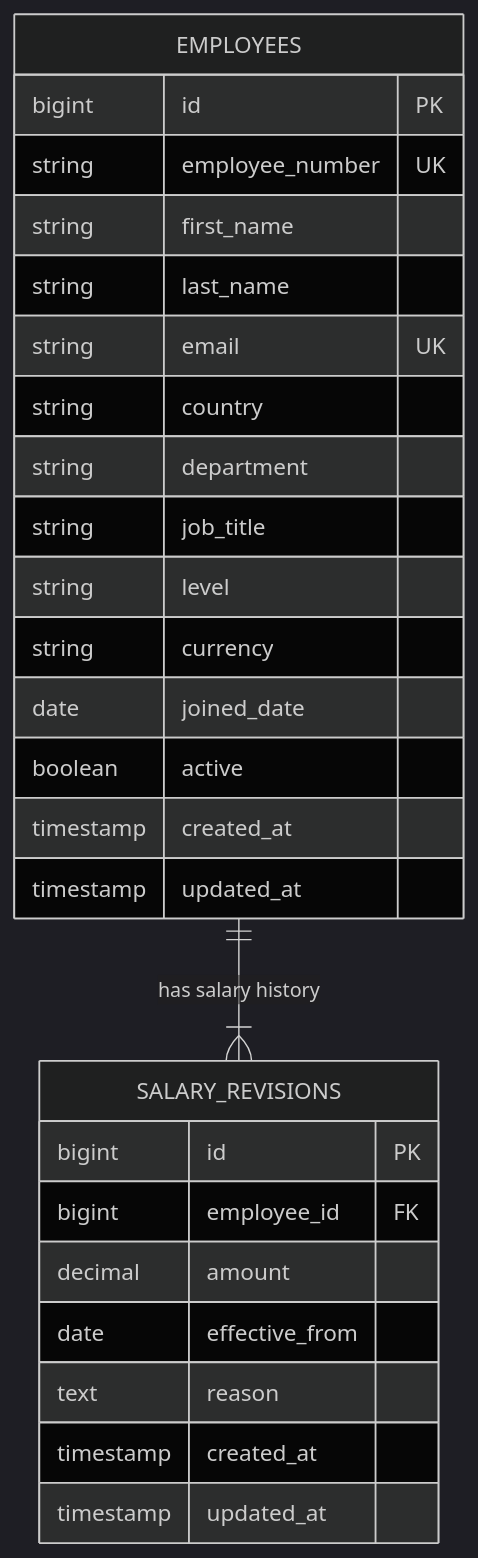
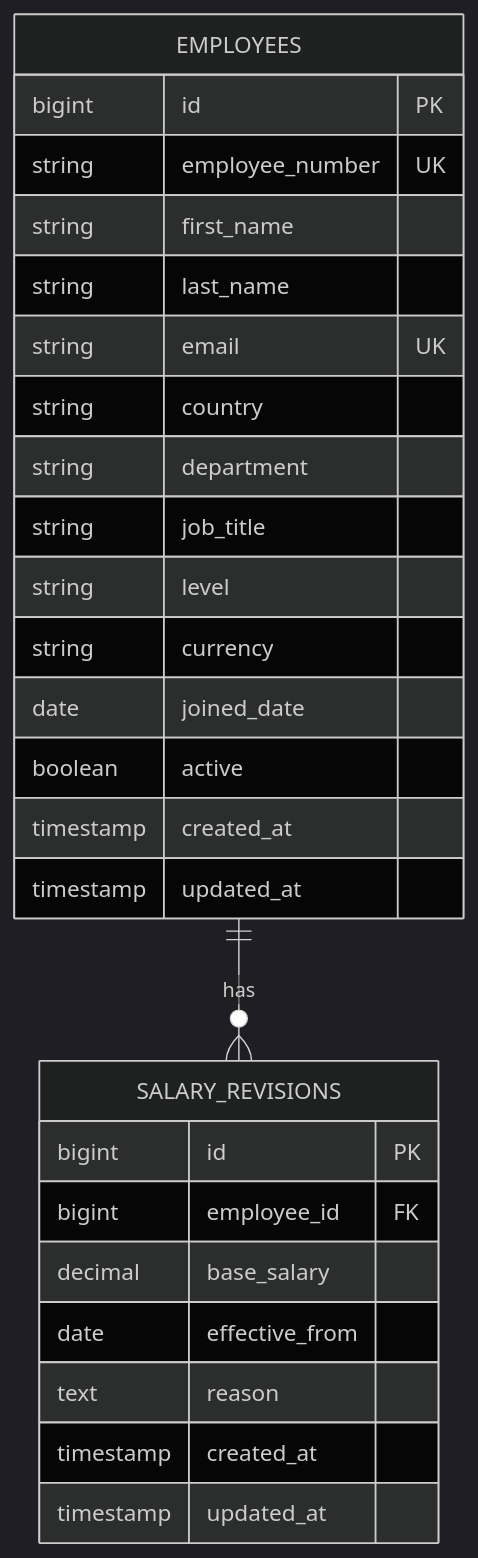
One commit to shivamkolli/salary-management changed the diagram in docs/data-model.md. Above: the diagram before and after it, drawn with Mermaid (dark theme). The commit also changed other lines of this file and 2 other files, not shown here.

Commit message:
refactor: update architecture and data model documentation for clarity and consistency

````diff
--- a/docs/data-model.md
+++ b/docs/data-model.md
@@ -13,29 +7,29 @@
 ```mermaid
 erDiagram
-    EMPLOYEES ||--|{ SALARY_REVISIONS : "has salary history"
+    EMPLOYEES ||--o{ SALARY_REVISIONS : has
     EMPLOYEES {
         bigint id PK
         string employee_number UK
         string first_name
         string last_name
         string email UK
         string country
         string department
         string job_title
         string level
         string currency
         date joined_date
         boolean active
         timestamp created_at
         timestamp updated_at
     }
     SALARY_REVISIONS {
         bigint id PK
         bigint employee_id FK
-        decimal amount
+        decimal base_salary
         date effective_from
         text reason
         timestamp created_at
         timestamp updated_at
     }
 ```
````
